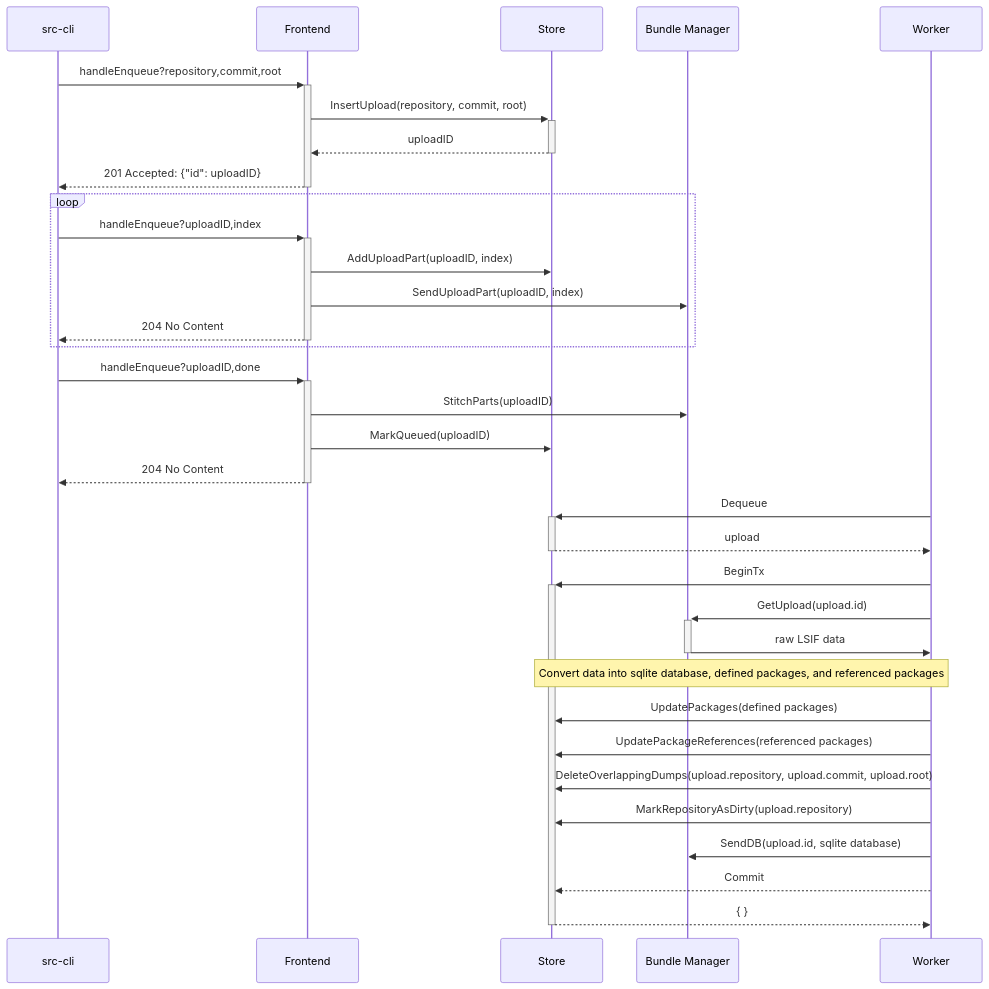
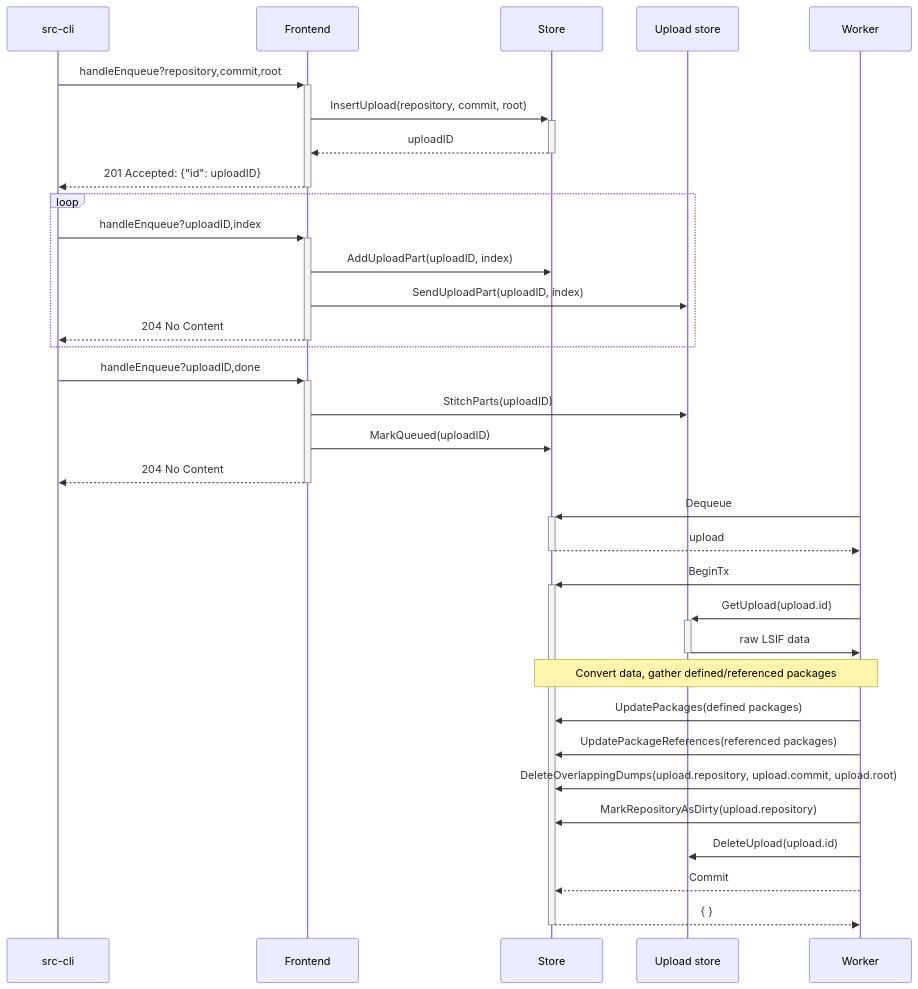
One commit to sourcegraph/sourcegraph-public-snapshot changed the diagram in doc/dev/background-information/codeintel/diagrams/upload.mermaid. Above: the diagram before and after it, drawn with Mermaid. The commit also changed 14 other files, not shown here.

Commit message:
doc: Update codeintel sequence diagrams

```diff
--- a/doc/dev/background-information/codeintel/diagrams/upload.mermaid
+++ b/doc/dev/background-information/codeintel/diagrams/upload.mermaid
@@ -1,34 +1,34 @@
 sequenceDiagram
   src-cli   ->>+ Frontend: handleEnqueue?repository,commit,root
   Frontend  ->>+ Store: InsertUpload(repository, commit, root)
   Store    -->>- Frontend: uploadID
   Frontend -->>- src-cli: 201 Accepted: {"id": uploadID}
 
   loop
     src-cli         ->>+ Frontend: handleEnqueue?uploadID,index
     Frontend        ->> Store: AddUploadPart(uploadID, index)
-    Frontend        ->> Bundle Manager: SendUploadPart(uploadID, index)
+    Frontend        ->> Upload store: SendUploadPart(uploadID, index)
     Frontend       -->>- src-cli: 204 No Content
   end
 
   src-cli        ->>+ Frontend: handleEnqueue?uploadID,done
-  Frontend       ->> Bundle Manager: StitchParts(uploadID)
+  Frontend       ->> Upload store: StitchParts(uploadID)
   Frontend       ->> Store: MarkQueued(uploadID)
   Frontend      -->>- src-cli: 204 No Content
 
   Worker         ->>+ Store: Dequeue
   Store         -->>- Worker: upload
   Worker         ->>+ Store: BeginTx
-  Worker         ->>+ Bundle Manager: GetUpload(upload.id)
-  Bundle Manager ->>- Worker: raw LSIF data
+  Worker         ->>+ Upload store: GetUpload(upload.id)
+  Upload store   ->>- Worker: raw LSIF data
 
-  Note over Store,Worker: Convert data into sqlite database, defined packages, and referenced packages
+  Note over Store,Worker: Convert data, gather defined/referenced packages
 
   Worker         ->> Store: UpdatePackages(defined packages)
   Worker         ->> Store: UpdatePackageReferences(referenced packages)
   Worker         ->> Store: DeleteOverlappingDumps(upload.repository, upload.commit, upload.root)
   Worker         ->> Store: MarkRepositoryAsDirty(upload.repository)
 
-  Worker         ->> Bundle Manager: SendDB(upload.id, sqlite database)
+  Worker         ->> Upload store: DeleteUpload(upload.id)
   Worker        -->> Store: Commit
   Store         -->>- Worker: { }
```
